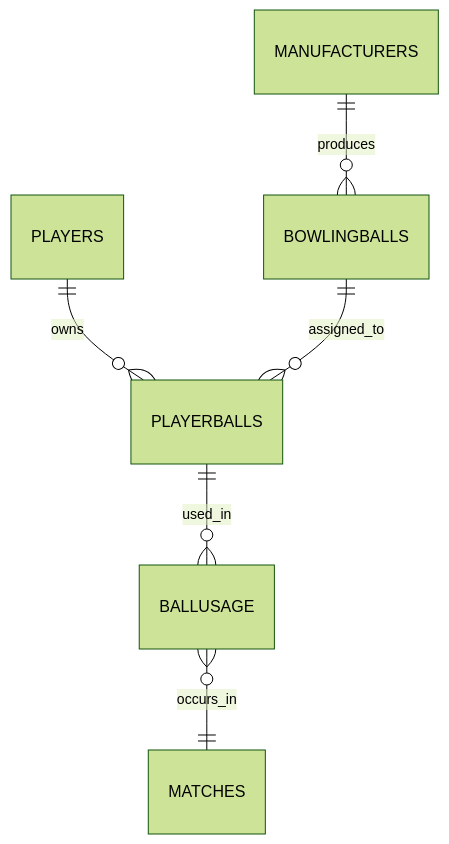
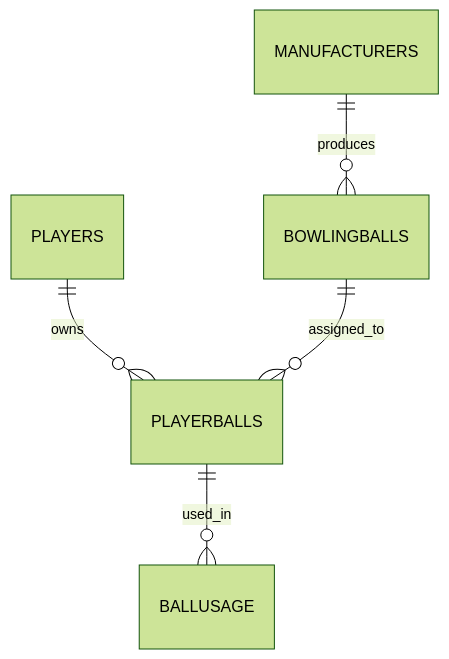
One commit to LelandJones/CS325-Class-Assignments changed the diagram in FinalProj.md. Above: the diagram before and after it, drawn with Mermaid (forest theme).

Commit message:
Remove BALLUSAGE to MATCHES relationship
Removed the relationship between BALLUSAGE and MATCHES.

````diff
--- a/FinalProj.md
+++ b/FinalProj.md
@@ -3,9 +3,8 @@
 ```mermaid
 erDiagram
     PLAYERS ||--o{ PLAYERBALLS : owns
     BOWLINGBALLS ||--o{ PLAYERBALLS : assigned_to
     PLAYERBALLS ||--o{ BALLUSAGE : used_in
     MANUFACTURERS ||--o{ BOWLINGBALLS : produces
-    BALLUSAGE }o--|| MATCHES : occurs_in
 
 ```
````
